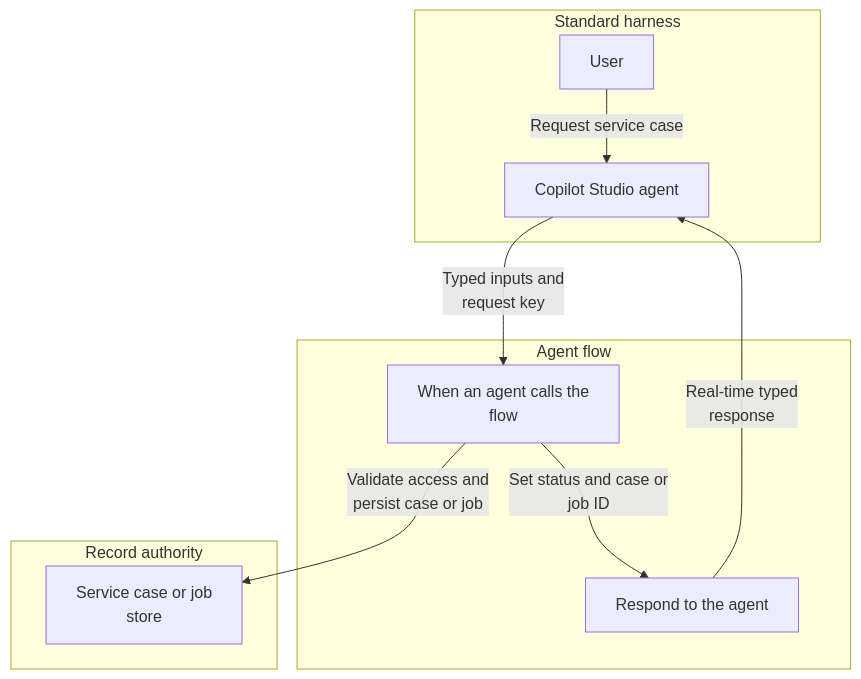
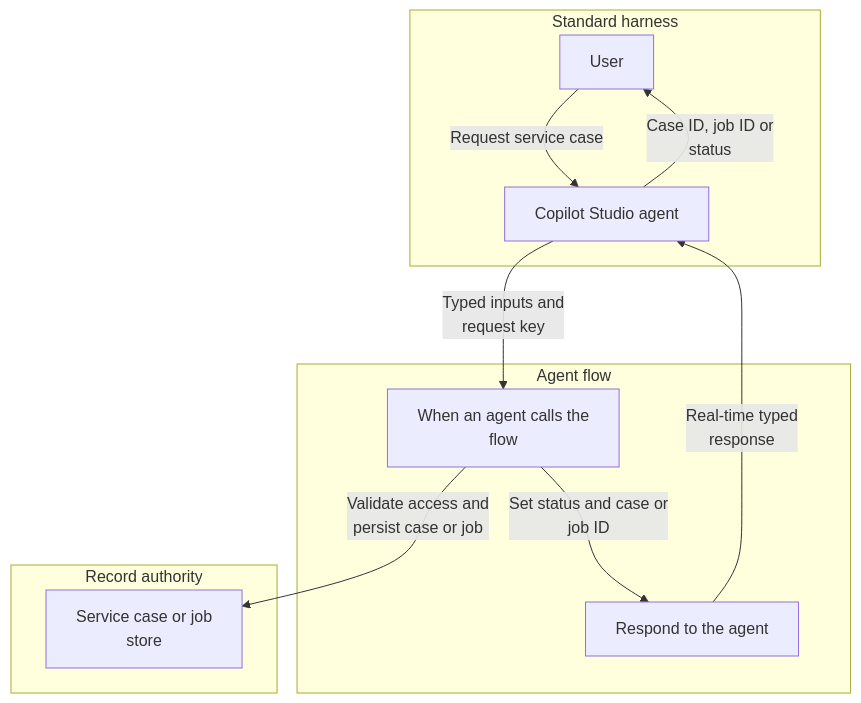
Before and after one commit to abhishek-ai-enabler/copilotstudio-architecture-patterns: the first of 2 diagrams in technical-patterns/synchronous-agent-flow.md, drawn with Mermaid. The commit also changed other lines of this file and 41 other files, not shown here.

First line of the commit message:
Review diagrams: add return paths and fix flow accuracy

````diff
--- a/technical-patterns/synchronous-agent-flow.md
+++ b/technical-patterns/synchronous-agent-flow.md
@@ -7,21 +7,22 @@
 ```mermaid
 flowchart TB
     accTitle: Return a typed result from an agent flow - architecture
     accDescr: Choose whether the response means completed or accepted. Only a system receipt supports completed; long work needs a durable job reference and status lookup.
     subgraph group0["Standard harness"]
         U["User"]
         A["Copilot Studio agent"]
     end
     subgraph group2["Agent flow"]
         F["When an agent calls the<br/>flow"]
         R["Respond to the agent"]
     end
     subgraph group4["Record authority"]
         S["Service case or job<br/>store"]
     end
     U -->|"Request service case"| A
     A -->|"Typed inputs and<br/>request key"| F
     F -->|"Validate access and<br/>persist case or job"| S
     F -->|"Set status and case or<br/>job ID"| R
     R -->|"Real-time typed<br/>response"| A
+    A -->|"Case ID, job ID or<br/>status"| U
 ```
````
